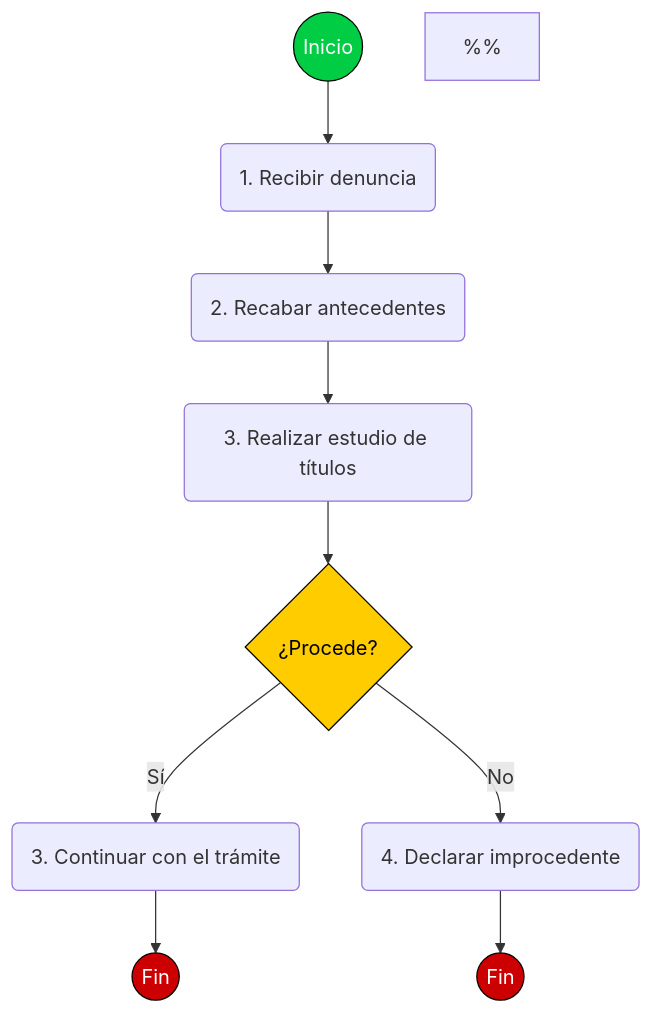
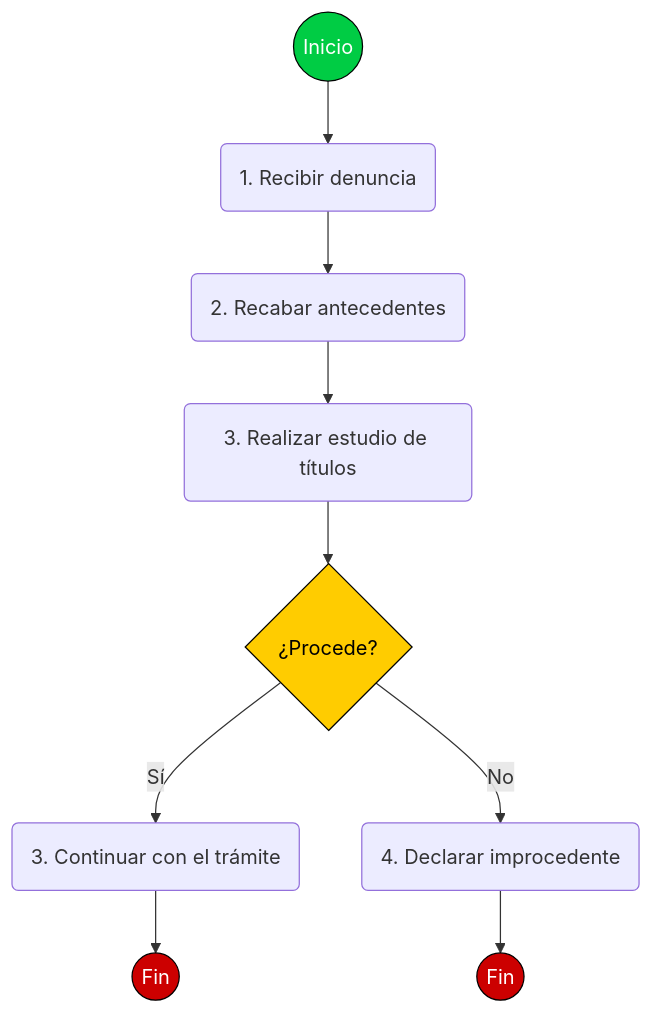
Before and after one commit to Dante-Guerrero/moviendo_el_mouse: the diagram in README.md, drawn with Mermaid.

````diff
--- a/README.md
+++ b/README.md
@@ -3,18 +3,17 @@
 ```mermaid
 flowchart TD
     I((Inicio)) --> A(1. Recibir denuncia)
     A --> B(2. Recabar antecedentes)
     B --> G(3. Realizar estudio de títulos)
     G --> C{¿Procede?}
     C --> |Sí| D(3. Continuar con el trámite)
     C --> |No| E(4. Declarar improcedente)
     D --> F1((Fin))
     E --> F2((Fin))
 
     %% Colores de los nodos
     style I fill:#00cc44,stroke:#000,color:#fff
     style F1 fill:#cc0000,stroke:#000,color:#fff
     style F2 fill:#cc0000,stroke:#000,color:#fff
     style C fill:#ffcc00,stroke:#000,color:#000
-    %%
 ```
````
